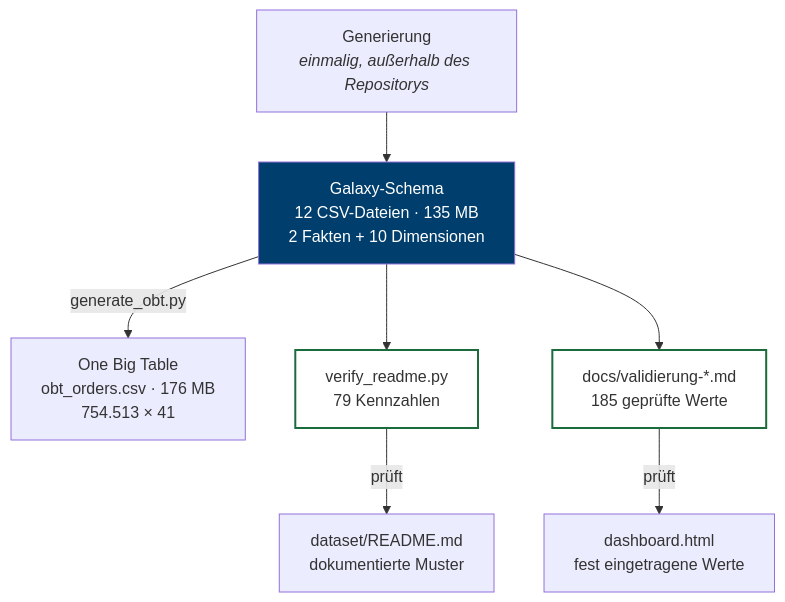
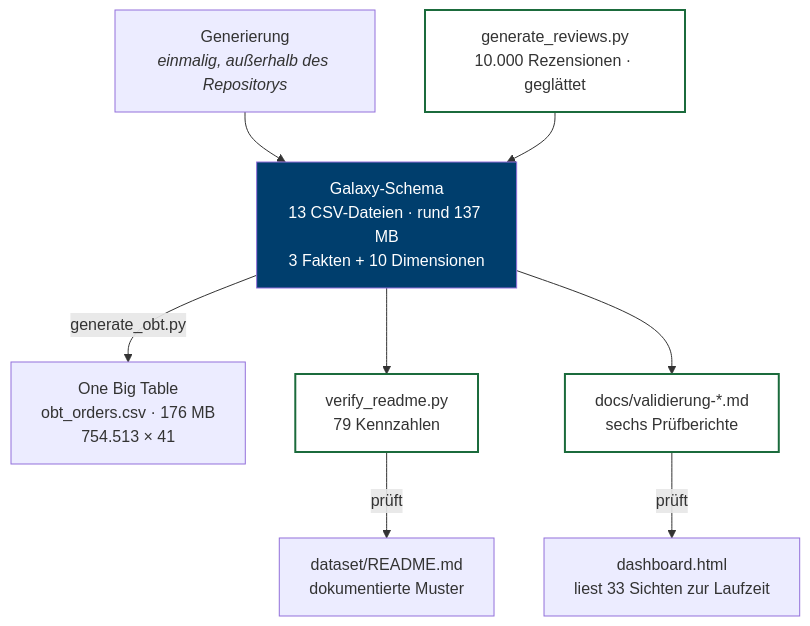
Before and after one commit to swrobuts/BurgerMetrics: the diagram in docs/03-etl.md, drawn with Mermaid. The commit also changed other lines of this file and 8 other files, not shown here.

````diff
--- a/docs/03-etl.md
+++ b/docs/03-etl.md
@@ -11,21 +11,24 @@
 ```mermaid
 graph TB
     GEN["Generierung<br/><i>einmalig, außerhalb des Repositorys</i>"]
-    STAR["Galaxy-Schema<br/>12 CSV-Dateien · 135 MB<br/>2 Fakten + 10 Dimensionen"]
+    REV["generate_reviews.py<br/>10.000 Rezensionen · geglättet"]
+    STAR["Galaxy-Schema<br/>13 CSV-Dateien · rund 137 MB<br/>3 Fakten + 10 Dimensionen"]
     OBT["One Big Table<br/>obt_orders.csv · 176 MB<br/>754.513 × 41"]
     VER["verify_readme.py<br/>79 Kennzahlen"]
     DOC["dataset/README.md<br/>dokumentierte Muster"]
-    DASH["dashboard.html<br/>fest eingetragene Werte"]
-    VAL["docs/validierung-*.md<br/>185 geprüfte Werte"]
+    DASH["dashboard.html<br/>liest 33 Sichten zur Laufzeit"]
+    VAL["docs/validierung-*.md<br/>sechs Prüfberichte"]
 
     GEN --> STAR
+    REV --> STAR
     STAR -->|generate_obt.py| OBT
     STAR --> VER
     VER -->|prüft| DOC
     STAR --> VAL
     VAL -->|prüft| DASH
 
     style STAR fill:#003E6D,color:#fff
     style VER fill:#fff,stroke:#1B6B3C,stroke-width:2px
+    style REV fill:#fff,stroke:#1B6B3C,stroke-width:2px
     style VAL fill:#fff,stroke:#1B6B3C,stroke-width:2px
 ```
````
